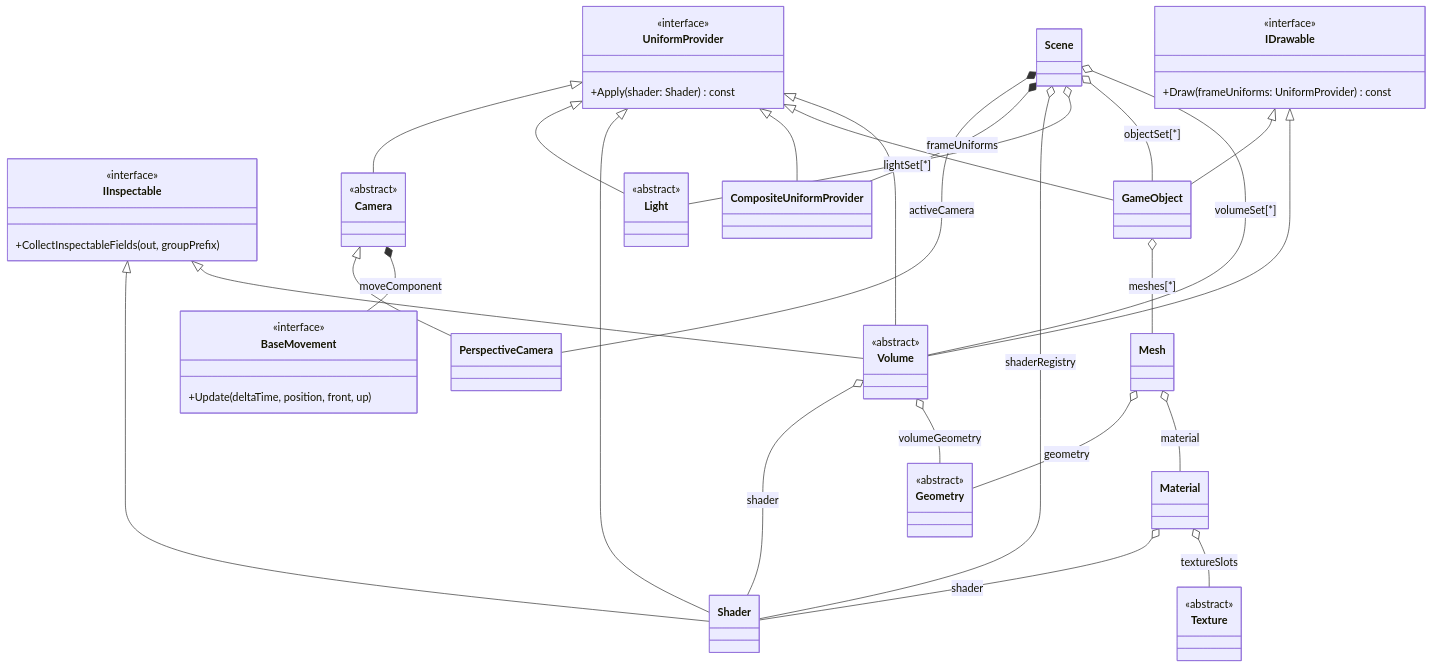
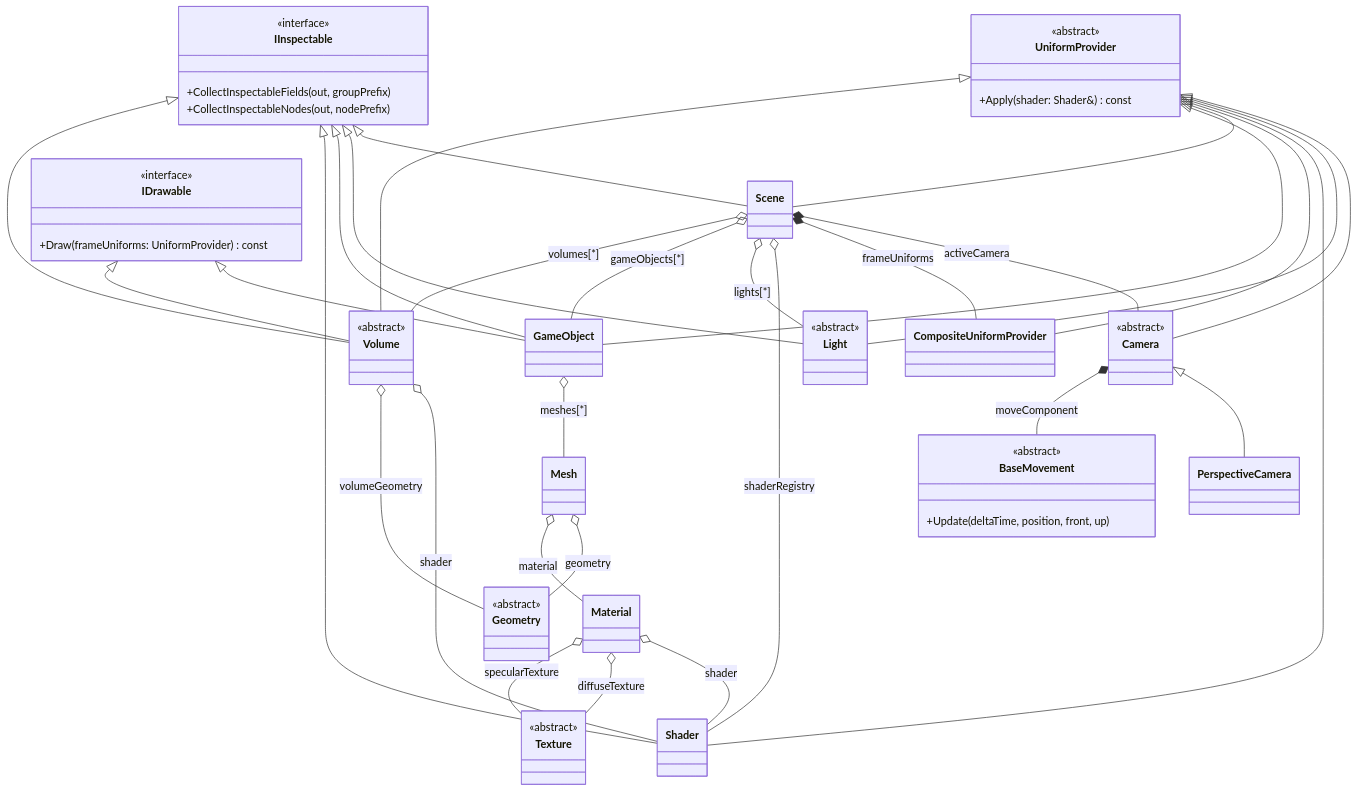
The diagram in docs/graphics-pipeline-root-class-diagram.mmd (Borobalaz/DTI-MRI-Imaging), drawn with Mermaid before and after one commit. The commit also changed 12 other files, not shown here.

```diff
--- a/docs/graphics-pipeline-root-class-diagram.mmd
+++ b/docs/graphics-pipeline-root-class-diagram.mmd
@@ -1,81 +1,87 @@
 classDiagram
 
 class Scene
 
 class UniformProvider {
-  <<interface>>
-  +Apply(shader: Shader) const
+  <<abstract>>
+  +Apply(shader: Shader&) const
 }
 class IDrawable {
   <<interface>>
   +Draw(frameUniforms: UniformProvider) const
 }
 class IInspectable {
   <<interface>>
   +CollectInspectableFields(out, groupPrefix)
+  +CollectInspectableNodes(out, nodePrefix)
 }
 
 class Camera {
   <<abstract>>
 }
 class PerspectiveCamera
 class BaseMovement {
-  <<interface>>
+  <<abstract>>
   +Update(deltaTime, position, front, up)
 }
 
 class Light {
   <<abstract>>
 }
 class GameObject
 class Volume {
   <<abstract>>
 }
 
 class Mesh
 class Material
 class Shader
 class Geometry {
   <<abstract>>
 }
 class Texture {
   <<abstract>>
 }
 
 class CompositeUniformProvider
 
 %% Root contracts
 UniformProvider <|-- Camera
 UniformProvider <|-- Light
 UniformProvider <|-- Shader
 UniformProvider <|-- CompositeUniformProvider
+UniformProvider <|-- Scene
 UniformProvider <|-- GameObject
 UniformProvider <|-- Volume
 
 IDrawable <|-- GameObject
 IDrawable <|-- Volume
+IInspectable <|-- Scene
+IInspectable <|-- Light
+IInspectable <|-- GameObject
 IInspectable <|-- Shader
 IInspectable <|-- Volume
 
 %% Camera branch
 Camera <|-- PerspectiveCamera
 Camera *-- BaseMovement : moveComponent
 
 %% Scene orchestration roots
-Scene *-- PerspectiveCamera : activeCamera
+Scene *-- Camera : activeCamera
 Scene *-- CompositeUniformProvider : frameUniforms
 Scene o-- Shader : shaderRegistry
-Scene o-- Light : lightSet[*]
-Scene o-- GameObject : objectSet[*]
-Scene o-- Volume : volumeSet[*]
+Scene o-- Light : lights[*]
+Scene o-- GameObject : gameObjects[*]
+Scene o-- Volume : volumes[*]
 
 %% Render path roots
 GameObject o-- Mesh : meshes[*]
 Mesh o-- Geometry : geometry
 Mesh o-- Material : material
 Material o-- Shader : shader
-Material o-- Texture : textureSlots
+Material o-- Texture : diffuseTexture
+Material o-- Texture : specularTexture
 
 %% Volume root branch
 Volume o-- Shader : shader
 Volume o-- Geometry : volumeGeometry
```
